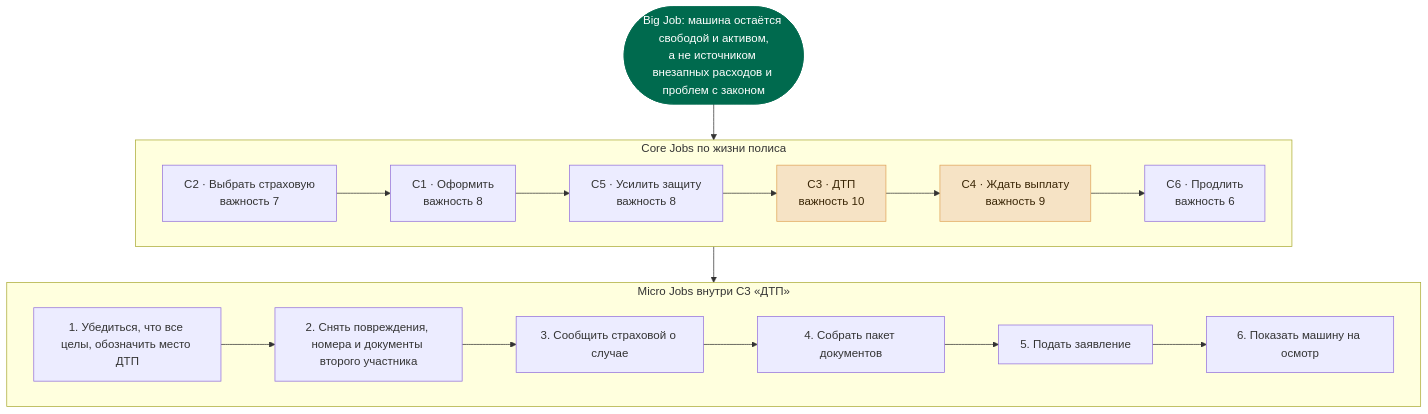
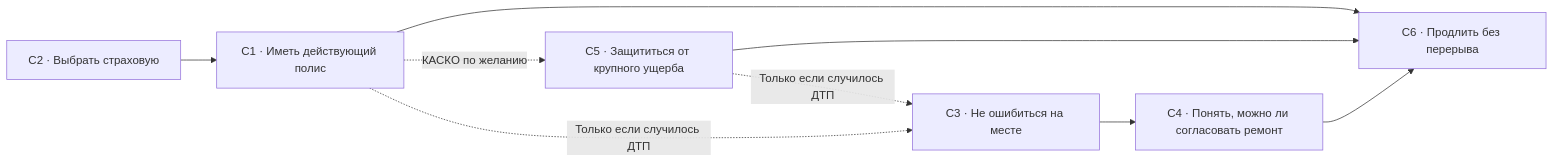
The diagram in Week5_easy_AJTBD_Jobs/README.md (memodlike/Mid-to-Senior-Product-Manager-AI-Powered), drawn with Mermaid before and after one commit. The commit also changed other lines of this file and 1 other file, not shown here.

````diff
--- a/Week5_easy_AJTBD_Jobs/README.md
+++ b/Week5_easy_AJTBD_Jobs/README.md
@@ -87,29 +150,11 @@
 ```mermaid
-flowchart TB
-    BIG(["Big Job: машина остаётся свободой и активом,<br/>а не источником внезапных расходов и проблем с законом"])
-    subgraph CORE["Core Jobs по жизни полиса"]
-    direction LR
-    C2["C2 · Выбрать страховую<br/>важность 7"]
-    C1["C1 · Оформить<br/>важность 8"]
-    C5["C5 · Усилить защиту<br/>важность 8"]
-    C3["C3 · ДТП<br/>важность 10"]
-    C4["C4 · Ждать выплату<br/>важность 9"]
-    C6["C6 · Продлить<br/>важность 6"]
-    C2 --> C1 --> C5 --> C3 --> C4 --> C6
-    end
-    subgraph MICRO["Micro Jobs внутри C3 «ДТП»"]
-    direction LR
-    M1["1. Убедиться, что все целы, обозначить место ДТП"]
-    M2["2. Снять повреждения, номера и документы второго участника"]
-    M3["3. Сообщить страховой о случае"]
-    M4["4. Собрать пакет документов"]
-    M5["5. Подать заявление"]
-    M6["6. Показать машину на осмотр"]
-    M1 --> M2 --> M3 --> M4 --> M5 --> M6
-    end
-    BIG --> CORE
-    C3 --> MICRO
-    style C3 fill:#F6E3C5,stroke:#E0A458,color:#3A2606
-    style C4 fill:#F6E3C5,stroke:#E0A458,color:#3A2606
-    style BIG fill:#006A4E,stroke:#006A4E,color:#FFFFFF
+flowchart LR
+    C2["C2 · Выбрать страховую"] --> C1["C1 · Иметь действующий полис"]
+    C1 --> C6["C6 · Продлить без перерыва"]
+    C1 -. "КАСКО по желанию" .-> C5["C5 · Защититься от крупного ущерба"]
+    C5 --> C6
+    C1 -. "Только если случилось ДТП" .-> C3["C3 · Не ошибиться на месте"]
+    C5 -. "Только если случилось ДТП" .-> C3
+    C3 --> C4["C4 · Понять, можно ли согласовать ремонт"]
+    C4 --> C6
 ```
````
